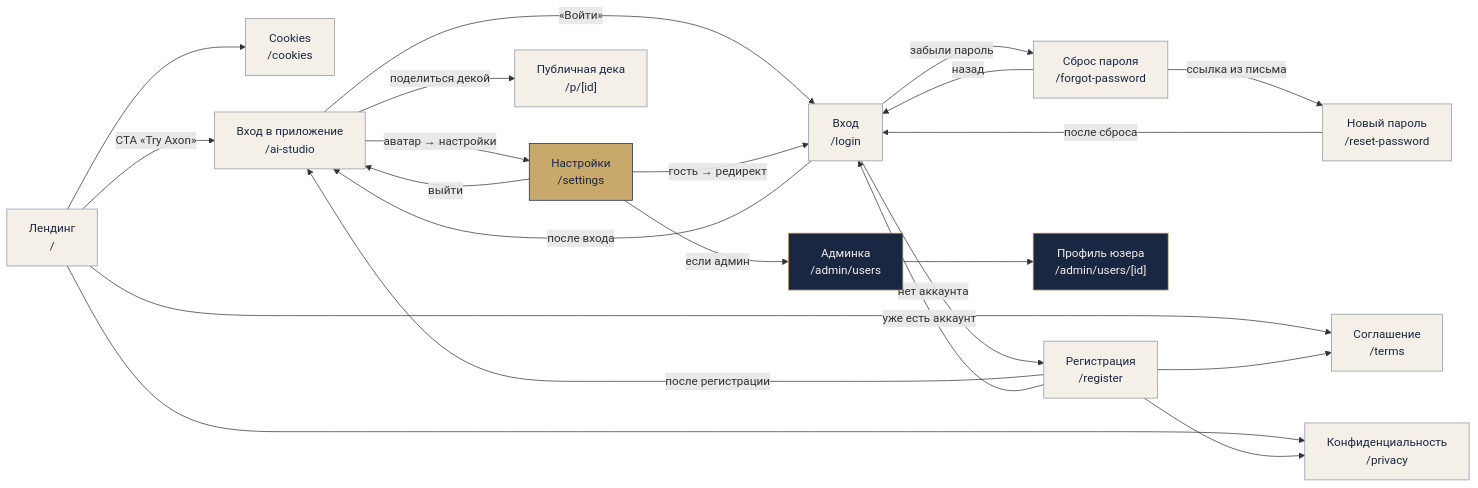
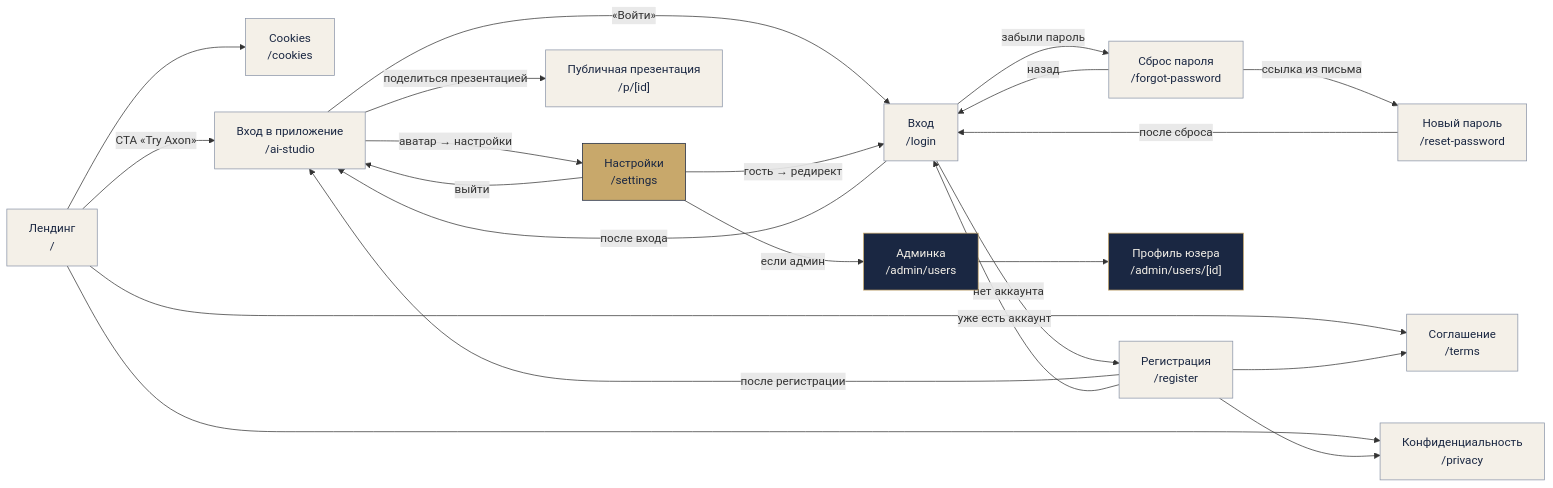
One commit to Katya-Semenova/Axon-app changed the diagram in docs/01-app-map.md. Above: the diagram before and after it, drawn with Mermaid. The commit also changed other lines of this file and 1 other file, not shown here.

Commit message:
docs(app-map): 'дека' → 'презентация' (язык для пользователя, не жаргон)

````diff
--- a/docs/01-app-map.md
+++ b/docs/01-app-map.md
@@ -53,48 +53,48 @@
 ```mermaid
 graph LR
   %% --- Лендинг ---
   Landing["Лендинг<br/>/"]:::guest
   Privacy["Конфиденциальность<br/>/privacy"]:::guest
   Terms["Соглашение<br/>/terms"]:::guest
   Cookies["Cookies<br/>/cookies"]:::guest
 
   %% --- Сервис ---
   Entry["Вход в приложение<br/>/ai-studio"]:::guest
   Login["Вход<br/>/login"]:::guest
   Register["Регистрация<br/>/register"]:::guest
   Forgot["Сброс пароля<br/>/forgot-password"]:::guest
   Reset["Новый пароль<br/>/reset-password"]:::guest
   Settings["Настройки<br/>/settings"]:::user
   Admin["Админка<br/>/admin/users"]:::admin
   AdminDetail["Профиль юзера<br/>/admin/users/[id]"]:::admin
-  Public["Публичная дека<br/>/p/[id]"]:::guest
+  Public["Публичная презентация<br/>/p/[id]"]:::guest
 
   Landing -- "CTA «Try Axon»" --> Entry
   Landing --> Privacy
   Landing --> Terms
   Landing --> Cookies
 
   Entry -- "«Войти»" --> Login
   Login -- "после входа" --> Entry
   Login -- "забыли пароль" --> Forgot
   Login -- "нет аккаунта" --> Register
   Register -- "после регистрации" --> Entry
   Register -- "уже есть аккаунт" --> Login
   Register --> Terms
   Register --> Privacy
   Forgot -- "ссылка из письма" --> Reset
   Forgot -- "назад" --> Login
   Reset -- "после сброса" --> Login
 
   Entry -- "аватар → настройки" --> Settings
   Settings -- "гость → редирект" --> Login
   Settings -- "если админ" --> Admin
   Settings -- "выйти" --> Entry
   Admin --> AdminDetail
 
-  Entry -- "поделиться декой" --> Public
+  Entry -- "поделиться презентацией" --> Public
 
   classDef guest fill:#F4F0E8,stroke:#8B95A8,color:#1A2742;
   classDef user fill:#C8A86B,stroke:#1A2742,color:#1A2742;
   classDef admin fill:#1A2742,stroke:#C8A86B,color:#F4F0E8;
 ```
````
